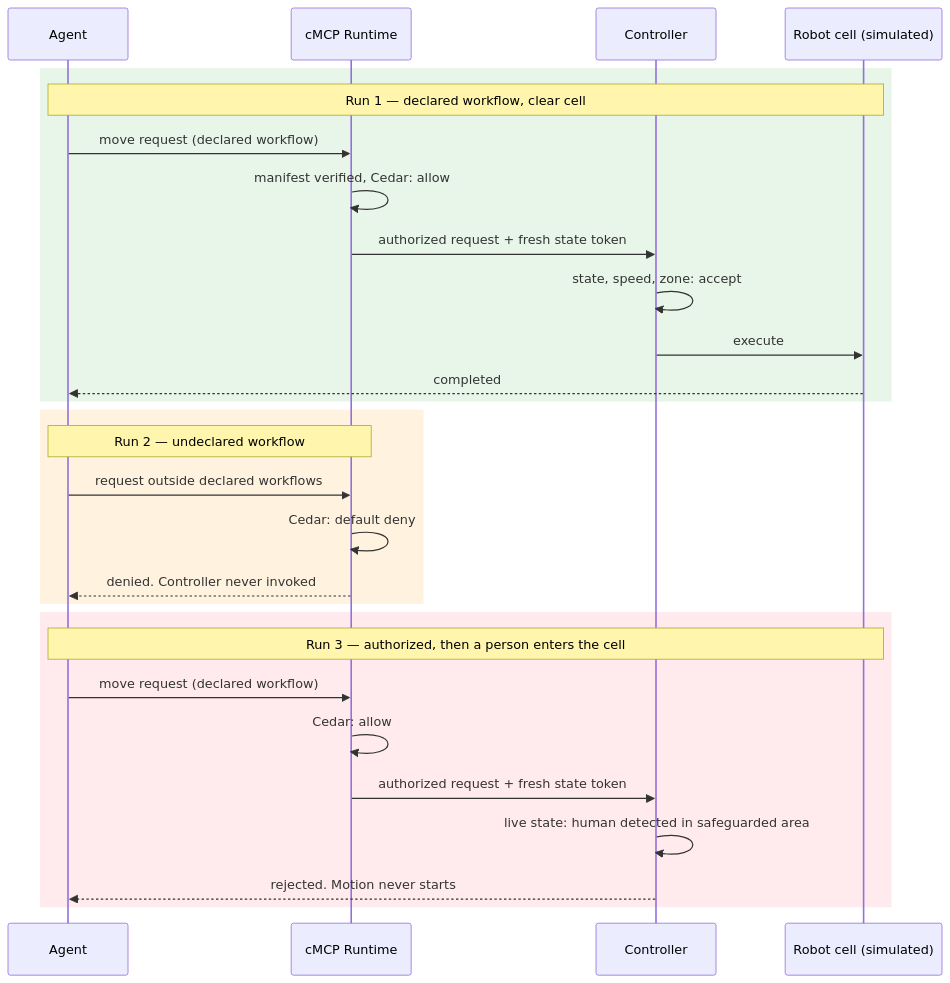
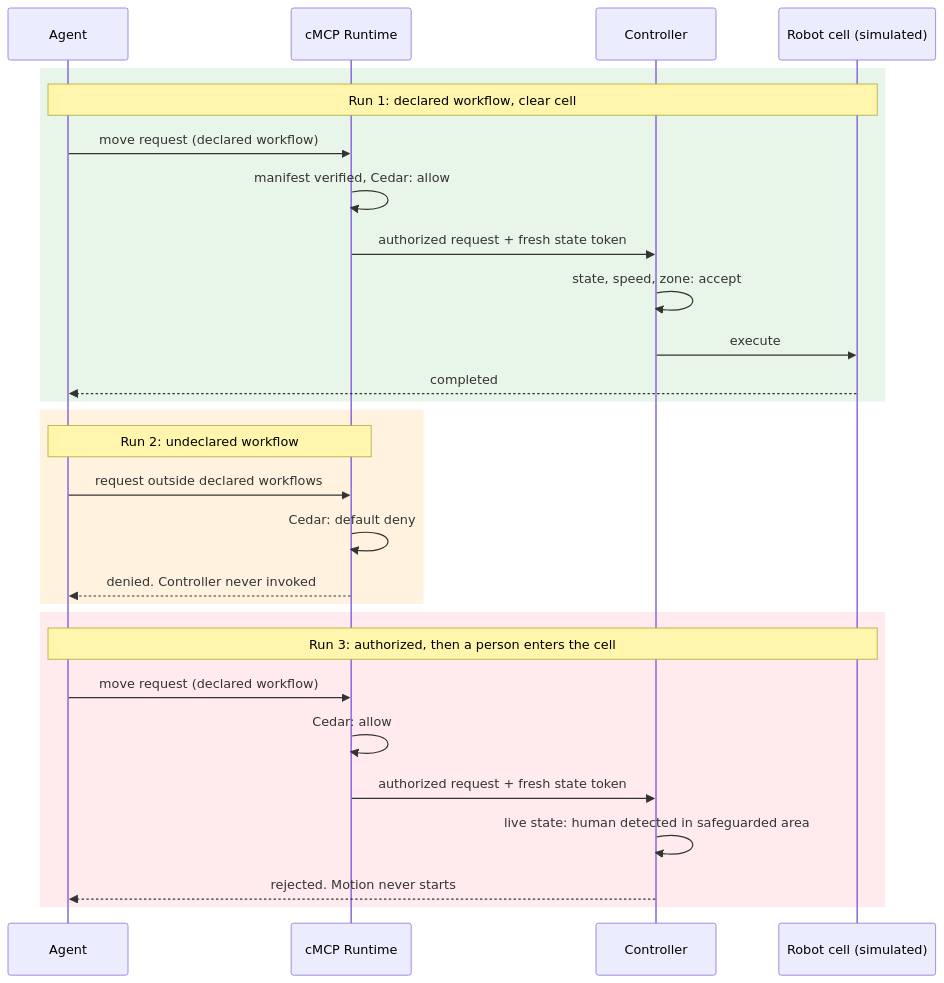
Before and after one commit to carloshvp/governance: the second of 2 diagrams in _posts/2026-06-12-software-promises-hardware-proofs.md, drawn with Mermaid. The commit also changed other lines of this file, not shown here.

```diff
--- a/_posts/2026-06-12-software-promises-hardware-proofs.md
+++ b/_posts/2026-06-12-software-promises-hardware-proofs.md
@@ -81,30 +81,30 @@
 <pre class="mermaid">
 sequenceDiagram
     participant A as Agent
     participant P as cMCP Runtime
     participant K as Controller
     participant R as Robot cell (simulated)
     rect rgb(232,245,233)
-    Note over A,R: Run 1 — declared workflow, clear cell
+    Note over A,R: Run 1: declared workflow, clear cell
     A->>P: move request (declared workflow)
     P->>P: manifest verified, Cedar: allow
     P->>K: authorized request + fresh state token
     K->>K: state, speed, zone: accept
     K->>R: execute
     R-->>A: completed
     end
     rect rgb(255,243,224)
-    Note over A,P: Run 2 — undeclared workflow
+    Note over A,P: Run 2: undeclared workflow
     A->>P: request outside declared workflows
     P->>P: Cedar: default deny
     P-->>A: denied. Controller never invoked
     end
     rect rgb(255,235,238)
-    Note over A,R: Run 3 — authorized, then a person enters the cell
+    Note over A,R: Run 3: authorized, then a person enters the cell
     A->>P: move request (declared workflow)
     P->>P: Cedar: allow
     P->>K: authorized request + fresh state token
     K->>K: live state: human detected in safeguarded area
     K-->>A: rejected. Motion never starts
     end
 </pre>
```
